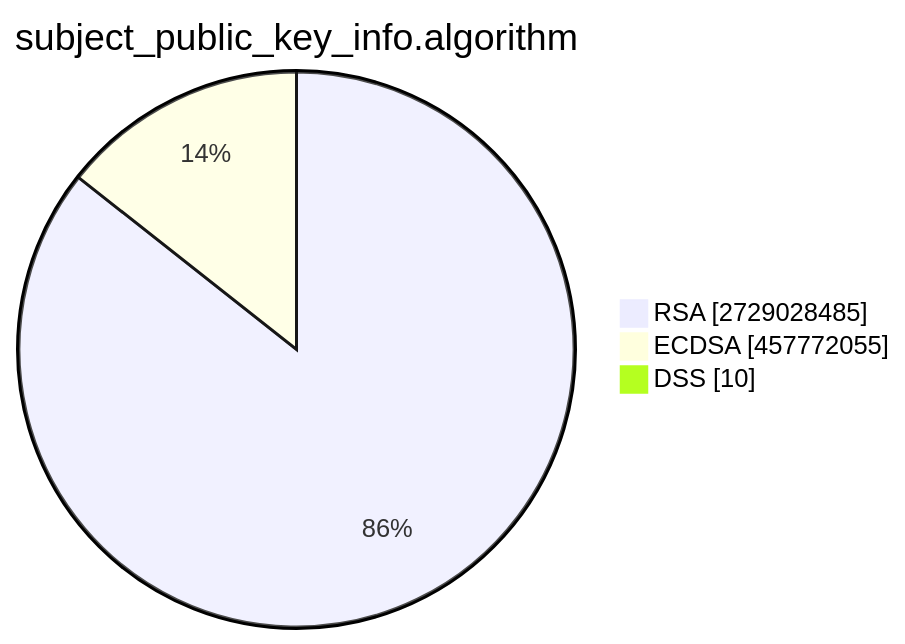
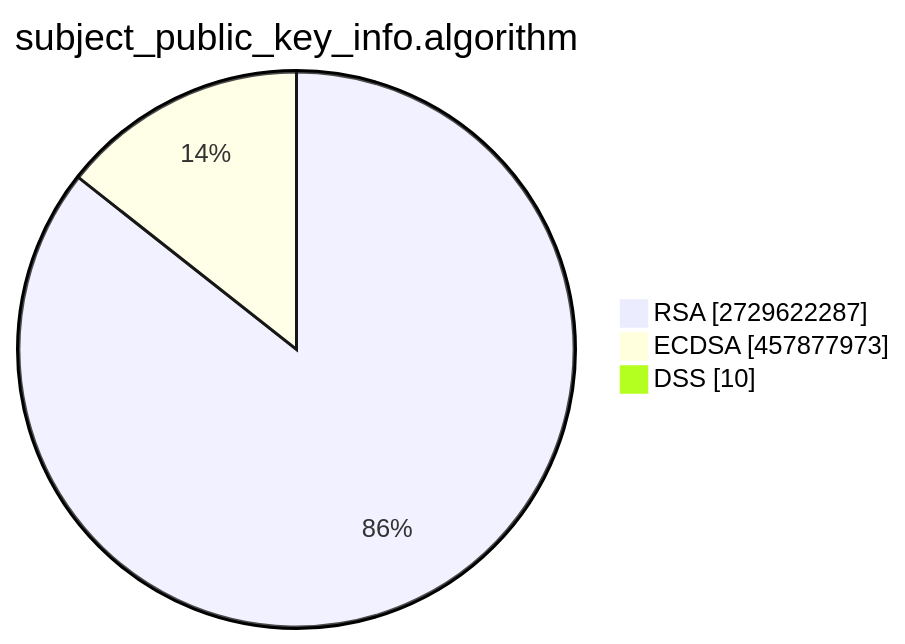
The second of 15 diagrams in TOTAL/README.md (christiankrug/ctmonitor_visualization), drawn with Mermaid before and after one commit. The commit also changed other lines of this file, not shown here.

````diff
--- a/TOTAL/README.md
+++ b/TOTAL/README.md
@@ -6,7 +6,7 @@
 ```mermaid
 pie showData
 title subject_public_key_info.algorithm
-"RSA" :2729028485
-"ECDSA" :457772055
+"RSA" :2729622287
+"ECDSA" :457877973
 "DSS" :10
 ```
````
